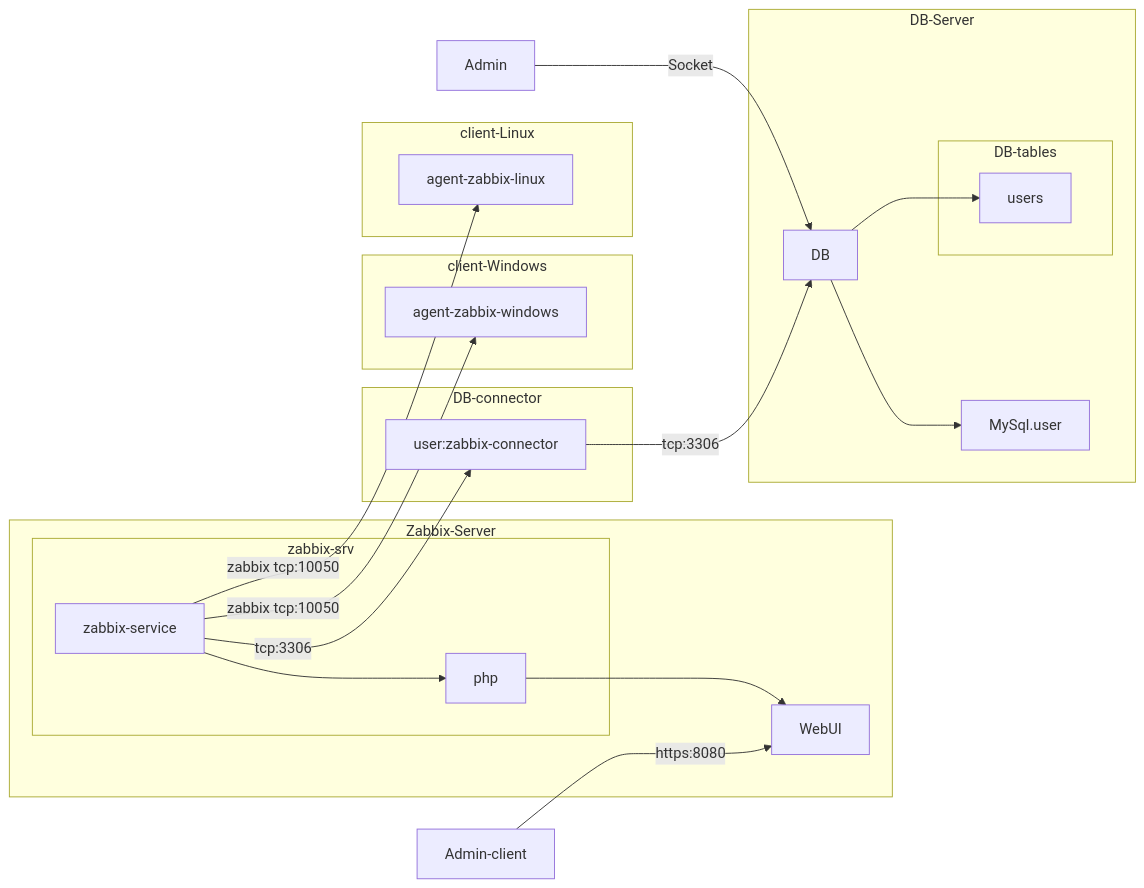
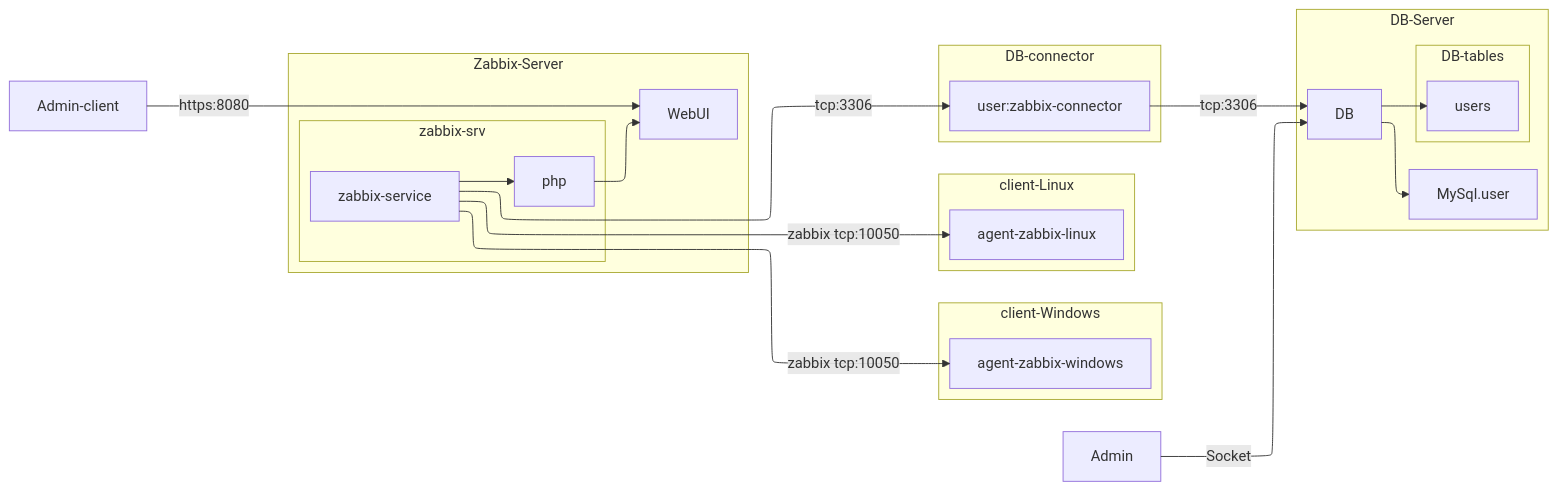
The diagram in Doc/Schemas/diagram_infraV1.md (CPNV-ES-MON1/Zabbix), drawn with Mermaid before and after one commit.

````diff
--- a/Doc/Schemas/diagram_infraV1.md
+++ b/Doc/Schemas/diagram_infraV1.md
@@ -2,36 +2,40 @@
 ```mermaid
+---
+config:
+  layout: elk
+---
 flowchart LR
  subgraph subGraph6["zabbix-srv"]
         zabbix-srv["zabbix-service"]
         php["php"]
   end
  subgraph subGraph0["Zabbix-Server"]
         subGraph6
         WebUI["WebUI"]
   end
  subgraph subGraph5["DB-tables"]
         users["users"]
   end
  subgraph subGraph1["DB-Server"]
         DB["DB"]
         MySql.user["MySql.user"]
         subGraph5
   end
  subgraph subGraph2["client-Windows"]
         agent-zabbix-windows["agent-zabbix-windows"]
   end
  subgraph subGraph3["client-Linux"]
         agent-zabbix-linux["agent-zabbix-linux"]
   end
  subgraph subGraph4["DB-connector"]
         user:zabbix-connector["user:zabbix-connector"]
   end
     zabbix-srv -- zabbix tcp:10050 --> agent-zabbix-linux & agent-zabbix-windows
     Admin["Admin"] -- Socket --> DB
     zabbix-srv -- tcp:3306 --> user:zabbix-connector
     user:zabbix-connector -- tcp:3306 --> DB
     DB --> MySql.user & users
     zabbix-srv --> php
     php --> WebUI
     Admin-client["Admin-client"] -- https:8080 --> WebUI
 ```
````
